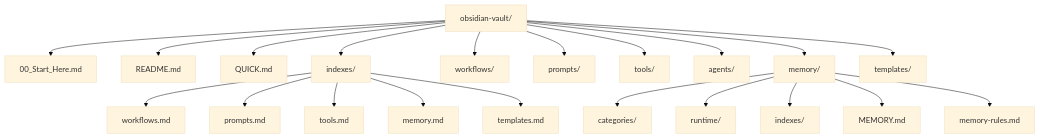
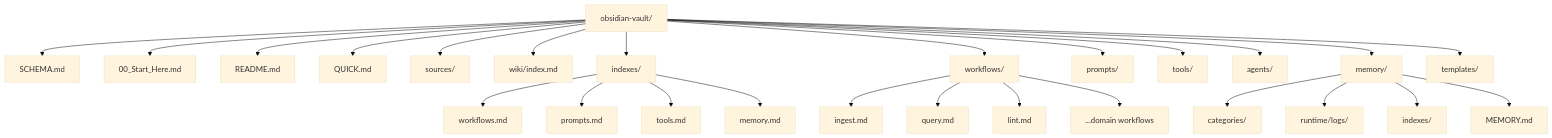
Before and after one commit to Eddieargenal/aba-library: the second of 7 diagrams in architecture.md, drawn with Mermaid (base theme). The commit also changed other lines of this file and 11 other files, not shown here.

````diff
--- a/architecture.md
+++ b/architecture.md
@@ -12,25 +24,31 @@
 ```mermaid
 graph TD
-    A[obsidian-vault/] --> B[00_Start_Here.md]
+    A[obsidian-vault/] --> SC[SCHEMA.md]
+    A --> B[00_Start_Here.md]
     A --> C[README.md]
     A --> D[QUICK.md]
+    A --> SRC[sources/]
+    A --> WI[wiki/index.md]
     A --> E[indexes/]
     A --> F[workflows/]
     A --> G[prompts/]
     A --> H[tools/]
     A --> I[agents/]
     A --> J[memory/]
     A --> K[templates/]
 
+    F --> F1[ingest.md]
+    F --> F2[query.md]
+    F --> F3[lint.md]
+    F --> F4[...domain workflows]
+
     E --> E1[workflows.md]
     E --> E2[prompts.md]
     E --> E3[tools.md]
     E --> E4[memory.md]
-    E --> E5[templates.md]
 
     J --> J1[categories/]
-    J --> J2[runtime/]
+    J --> J2[runtime/logs/]
     J --> J3[indexes/]
     J --> J4[MEMORY.md]
-    J --> J5[memory-rules.md]
 ```
````
